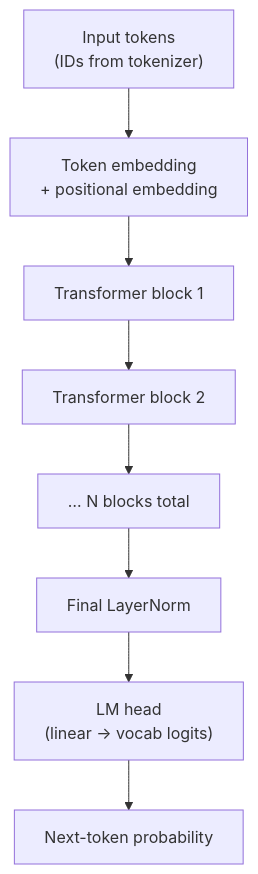
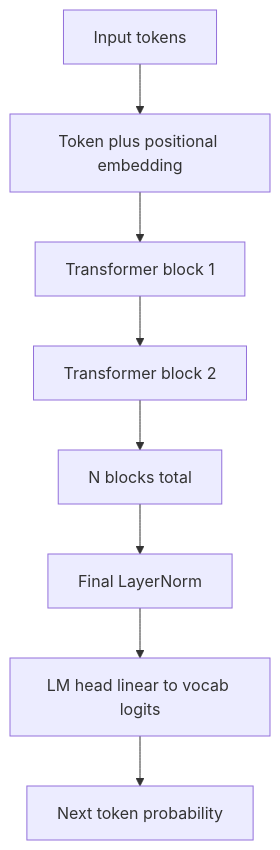
The first of 2 diagrams in docs/03-phase1-build-plan.md (tesserix/slm-support-platform), drawn with Mermaid before and after one commit. The commit also changed other lines of this file and 3 other files, not shown here.

First line of the commit message:
fix(docs): simplify mermaid diagrams to lowest-common-denominator syntax

````diff
--- a/docs/03-phase1-build-plan.md
+++ b/docs/03-phase1-build-plan.md
@@ -11,13 +11,19 @@
 ```mermaid
 graph TB
-    INPUT["Input tokens<br/>(IDs from tokenizer)"]
-    EMB["Token embedding<br/>+ positional embedding"]
-    B1["Transformer block 1"]
-    B2["Transformer block 2"]
-    BN["… N blocks total"]
-    LN["Final LayerNorm"]
-    HEAD["LM head<br/>(linear → vocab logits)"]
-    OUT["Next-token probability"]
+    INPUT[Input tokens]
+    EMB[Token plus positional embedding]
+    B1[Transformer block 1]
+    B2[Transformer block 2]
+    BN[N blocks total]
+    LN[Final LayerNorm]
+    HEAD[LM head linear to vocab logits]
+    OUT[Next token probability]
 
-    INPUT --> EMB --> B1 --> B2 --> BN --> LN --> HEAD --> OUT
+    INPUT --> EMB
+    EMB --> B1
+    B1 --> B2
+    B2 --> BN
+    BN --> LN
+    LN --> HEAD
+    HEAD --> OUT
 ```
````
